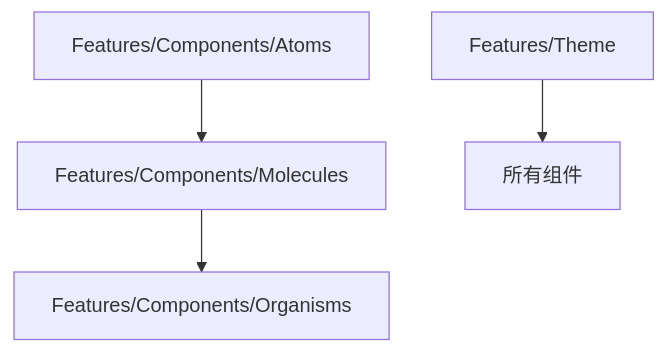
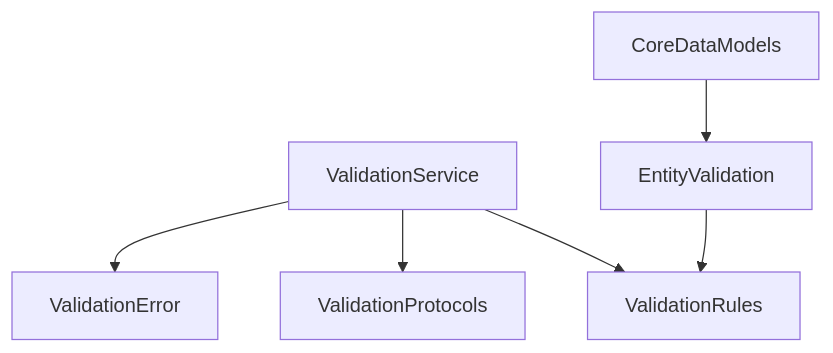
One commit to HS-Jack-YZY/SmartPlanner changed the fourth of 6 diagrams in ProjectStructure.md. Above: the diagram before and after it, drawn with Mermaid. The commit also changed other lines of this file and 1 other file, not shown here.

First line of the commit message:
docs(validation): 完善数据验证系统文档和项目结构说明

````diff
--- a/ProjectStructure.md
+++ b/ProjectStructure.md
@@ -314,6 +326,8 @@
 ```mermaid
 graph TD
-    A[Features/Components/Atoms] --> B[Features/Components/Molecules]
-    B --> C[Features/Components/Organisms]
-    D[Features/Theme] --> E[所有组件]
+    A[ValidationService] --> B[ValidationRules]
+    A --> C[ValidationProtocols]
+    A --> D[ValidationError]
+    E[EntityValidation] --> B
+    F[CoreDataModels] --> E
 ```
````
